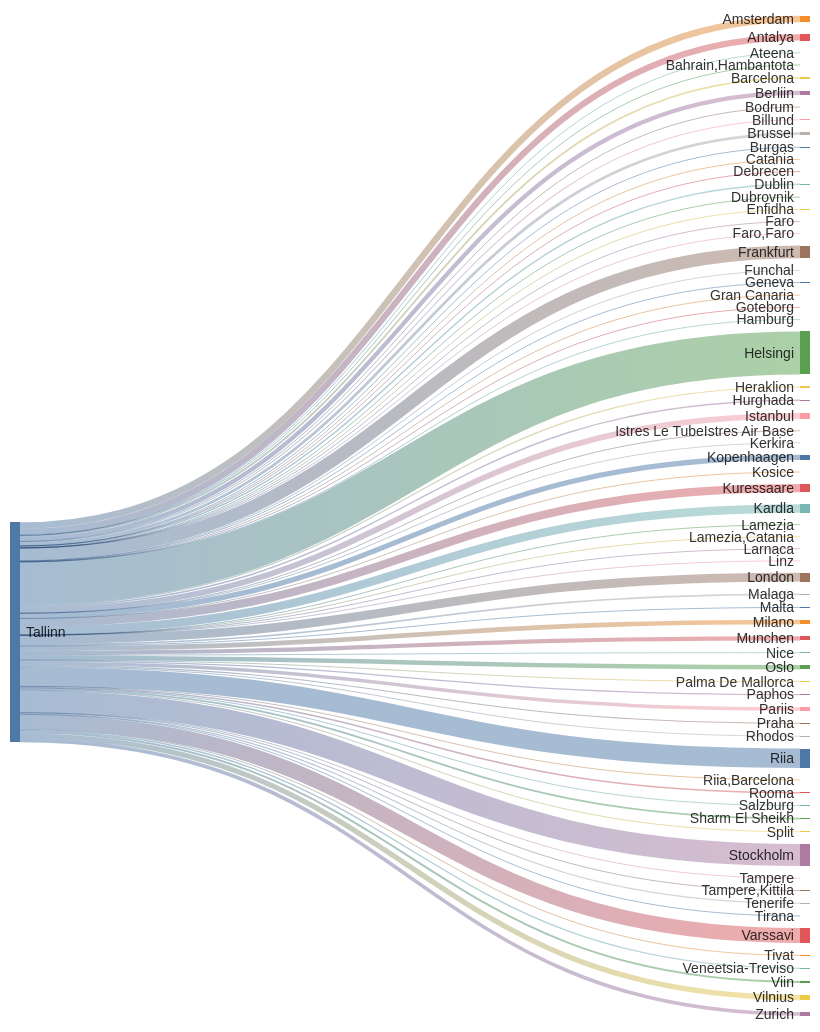
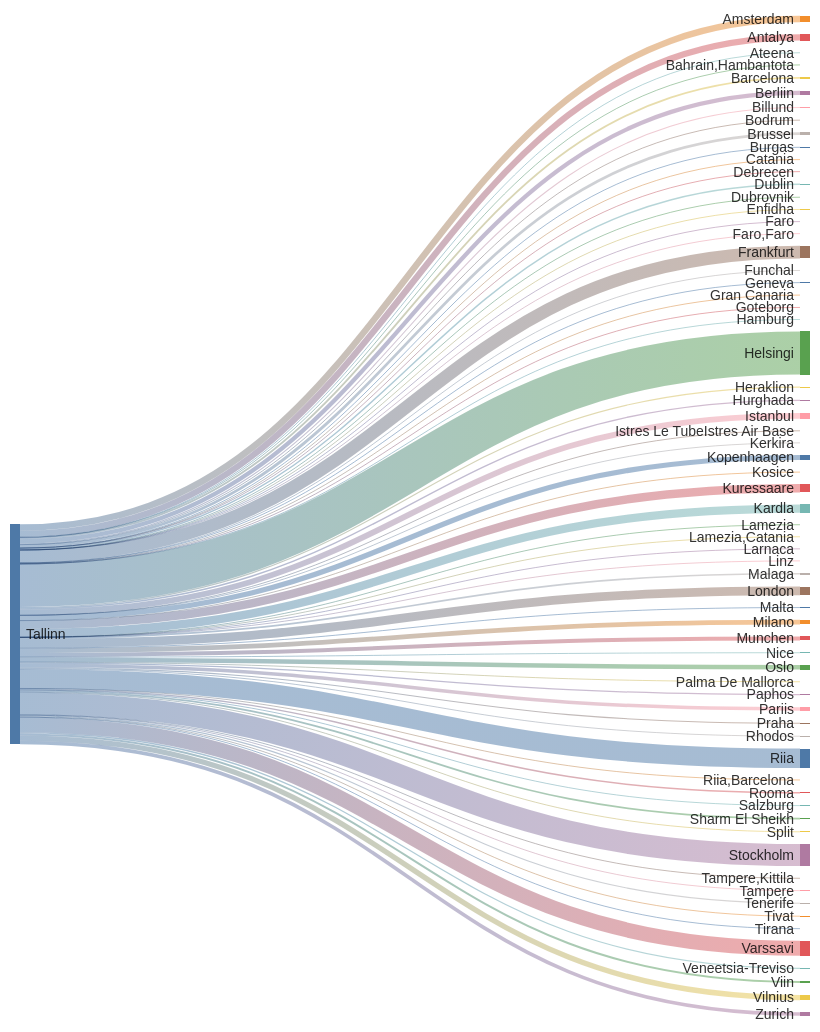
Before and after one commit to rainermesi/tll-airport-departures: the second of 2 diagrams in README.md, drawn with Mermaid. The commit also changed other lines of this file and 1 other file, not shown here.

````diff
--- a/README.md
+++ b/README.md
@@ -34,79 +34,79 @@
 ```mermaid
 ---
 config:
   sankey:
     showValues: false
     width: 800
     height: 1000
 ---
 sankey-beta
 %% source,target,value
-Tallinn,Amsterdam,345
-Tallinn,Antalya,334
+Tallinn,Amsterdam,347
+Tallinn,Antalya,336
 Tallinn,Ateena,16
 Tallinn,"Bahrain,Hambantota",1
-Tallinn,Barcelona,95
+Tallinn,Barcelona,97
 Tallinn,Berliin,228
-Tallinn,Billund,56
+Tallinn,Billund,57
 Tallinn,Bodrum,11
-Tallinn,Brussel,148
+Tallinn,Brussel,149
 Tallinn,Burgas,29
 Tallinn,Catania,2
 Tallinn,Debrecen,1
 Tallinn,Dublin,75
 Tallinn,Dubrovnik,21
 Tallinn,Enfidha,7
 Tallinn,Faro,4
 Tallinn,"Faro,Faro",1
-Tallinn,Frankfurt,682
+Tallinn,Frankfurt,684
 Tallinn,Funchal,5
 Tallinn,Geneva,13
 Tallinn,Gran Canaria,38
 Tallinn,Goteborg,1
 Tallinn,Hamburg,2
-Tallinn,Helsingi,2295
-Tallinn,Heraklion,60
+Tallinn,Helsingi,2306
+Tallinn,Heraklion,61
 Tallinn,Hurghada,75
-Tallinn,Istanbul,307
+Tallinn,Istanbul,308
 Tallinn,Istres Le TubeIstres Air Base,2
 Tallinn,Kerkira,4
-Tallinn,Kopenhaagen,277
+Tallinn,Kopenhaagen,279
 Tallinn,Kosice,1
-Tallinn,Kuressaare,443
-Tallinn,Kardla,443
+Tallinn,Kuressaare,445
+Tallinn,Kardla,445
 Tallinn,Lamezia,1
 Tallinn,"Lamezia,Catania",3
 Tallinn,Larnaca,4
 Tallinn,Linz,2
-Tallinn,London,469
-Tallinn,Malaga,89
+Tallinn,London,471
+Tallinn,Malaga,90
 Tallinn,Malta,19
 Tallinn,Milano,252
 Tallinn,Munchen,215
 Tallinn,Nice,32
 Tallinn,Oslo,241
 Tallinn,Palma De Mallorca,23
 Tallinn,Paphos,66
 Tallinn,Pariis,189
 Tallinn,Praha,60
 Tallinn,Rhodos,40
-Tallinn,Riia,1034
+Tallinn,Riia,1039
 Tallinn,"Riia,Barcelona",1
 Tallinn,Rooma,80
 Tallinn,Salzburg,14
 Tallinn,Sharm El Sheikh,94
 Tallinn,Split,33
-Tallinn,Stockholm,1172
+Tallinn,Stockholm,1178
 Tallinn,Tampere,17
 Tallinn,"Tampere,Kittila",21
 Tallinn,Tenerife,58
 Tallinn,Tirana,13
 Tallinn,Tivat,37
-Tallinn,Varssavi,795
+Tallinn,Varssavi,798
 Tallinn,Veneetsia-Treviso,67
 Tallinn,Viin,106
-Tallinn,Vilnius,284
-Tallinn,Zurich,194
+Tallinn,Vilnius,285
+Tallinn,Zurich,195
 
 
 ```
````
